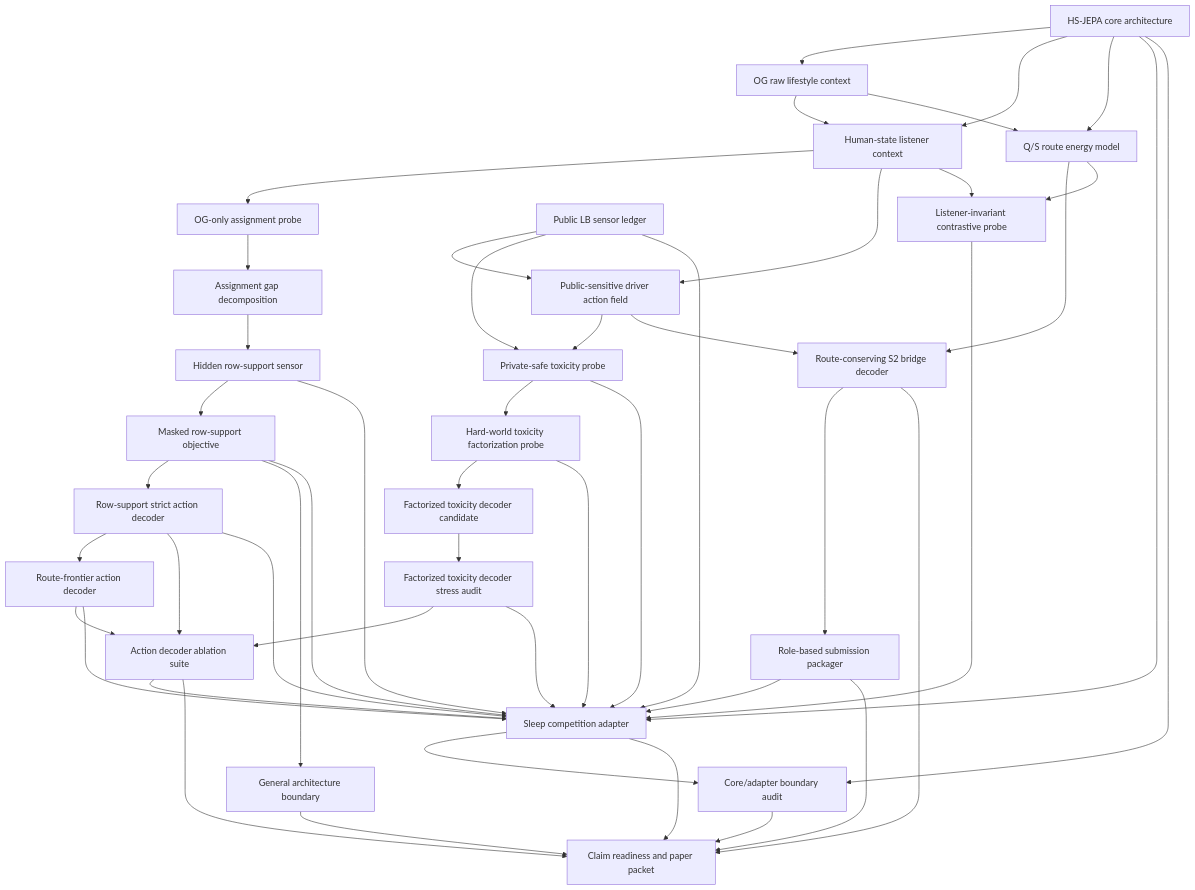
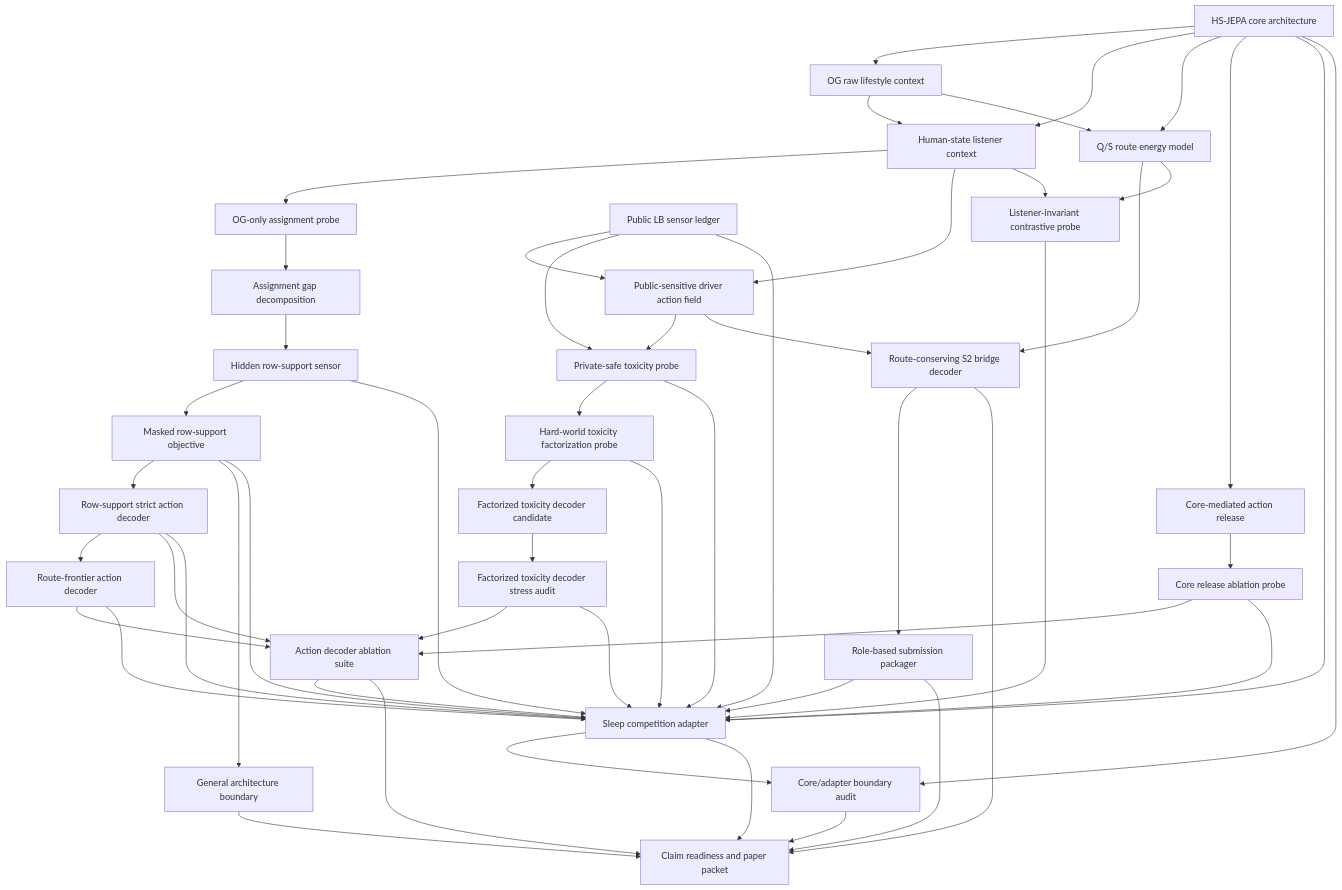
One commit to kbsooo/etri changed the diagram in team_hsjepa_end_to_end/outputs/route_conserving_s2_bridge/hsjepa_pipeline_manifest_ko.md. Above: the diagram before and after it, drawn with Mermaid. The commit also changed other lines of this file and 46 other files, not shown here.

Commit message:
feat(hsjepa): add real action core ablations

````diff
--- a/team_hsjepa_end_to_end/outputs/route_conserving_s2_bridge/hsjepa_pipeline_manifest_ko.md
+++ b/team_hsjepa_end_to_end/outputs/route_conserving_s2_bridge/hsjepa_pipeline_manifest_ko.md
@@ -13,50 +13,54 @@
 ```mermaid
 flowchart TD
     CORE["HS-JEPA core architecture"] --> A["OG raw lifestyle context"]
     CORE --> C["Human-state listener context"]
     CORE --> D["Q/S route energy model"]
     A["OG raw lifestyle context"] --> C["Human-state listener context"]
     A --> D["Q/S route energy model"]
     C --> P1["OG-only assignment probe"]
     P1 --> GAP["Assignment gap decomposition"]
     GAP --> RSP["Hidden row-support sensor"]
     RSP --> MRO["Masked row-support objective"]
     MRO --> RSA["Row-support strict action decoder"]
     RSA --> RFA["Route-frontier action decoder"]
     RFA --> ADA["Action decoder ablation suite"]
     MRO --> GEN["General architecture boundary"]
     B["Public LB sensor ledger"] --> E["Public-sensitive driver action field"]
     C --> E
     D --> F["Route-conserving S2 bridge decoder"]
     C --> P2["Listener-invariant contrastive probe"]
     D --> P2
     B --> P3["Private-safe toxicity probe"]
     E --> P3
     P3 --> P4["Hard-world toxicity factorization probe"]
     P4 --> P5["Factorized toxicity decoder candidate"]
     P5 --> P6["Factorized toxicity decoder stress audit"]
     P6 --> ADA
     RSA --> ADA
+    CORE --> CMA["Core-mediated action release"]
+    CMA --> CRA["Core release ablation probe"]
+    CRA --> ADA
+    CRA --> ADAPT
     E --> F
     F --> G["Role-based submission packager"]
     G --> ADAPT["Sleep competition adapter"]
     CORE --> ADAPT
     B --> ADAPT
     P2 --> ADAPT
     P3 --> ADAPT
     P4 --> ADAPT
     P6 --> ADAPT
     RSP --> ADAPT
     MRO --> ADAPT
     RSA --> ADAPT
     RFA --> ADAPT
     ADA --> ADAPT
     ADAPT --> BAUD["Core/adapter boundary audit"]
     CORE --> BAUD
     GEN --> H["Claim readiness and paper packet"]
     BAUD --> H
     ADAPT --> H["Claim readiness and paper packet"]
     G --> H["Claim readiness and paper packet"]
     F --> H
     ADA --> H
 ```
````
